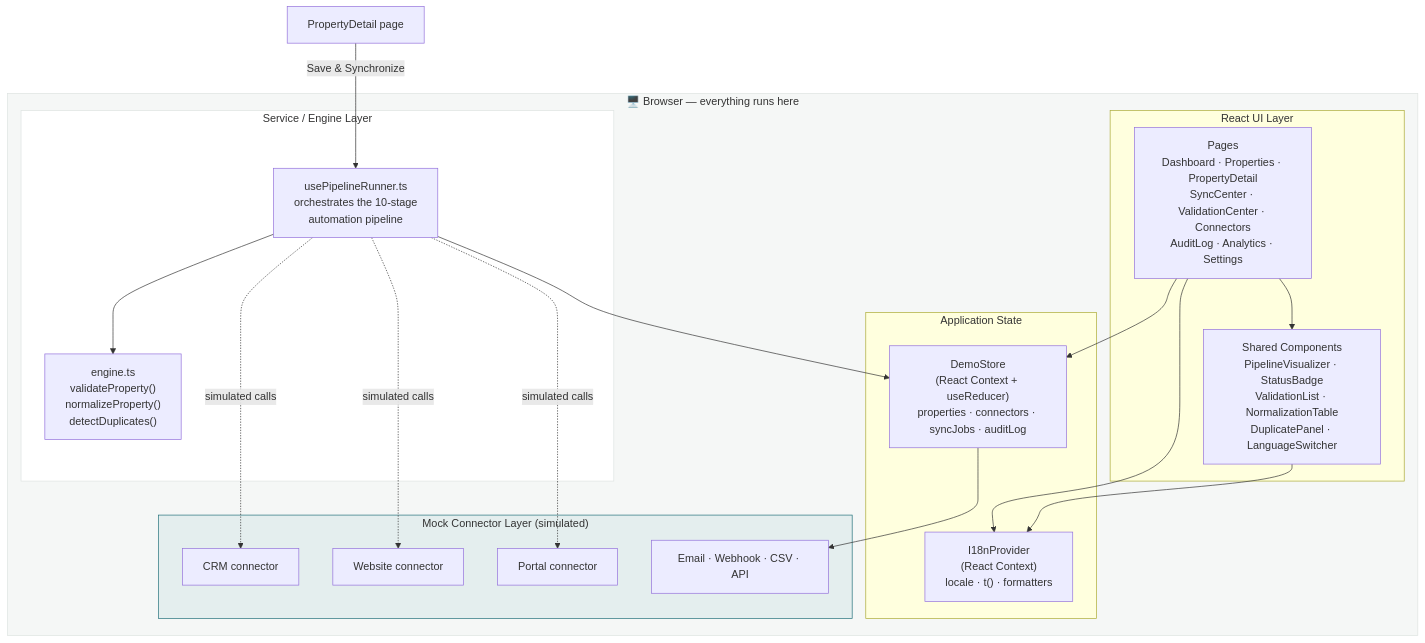
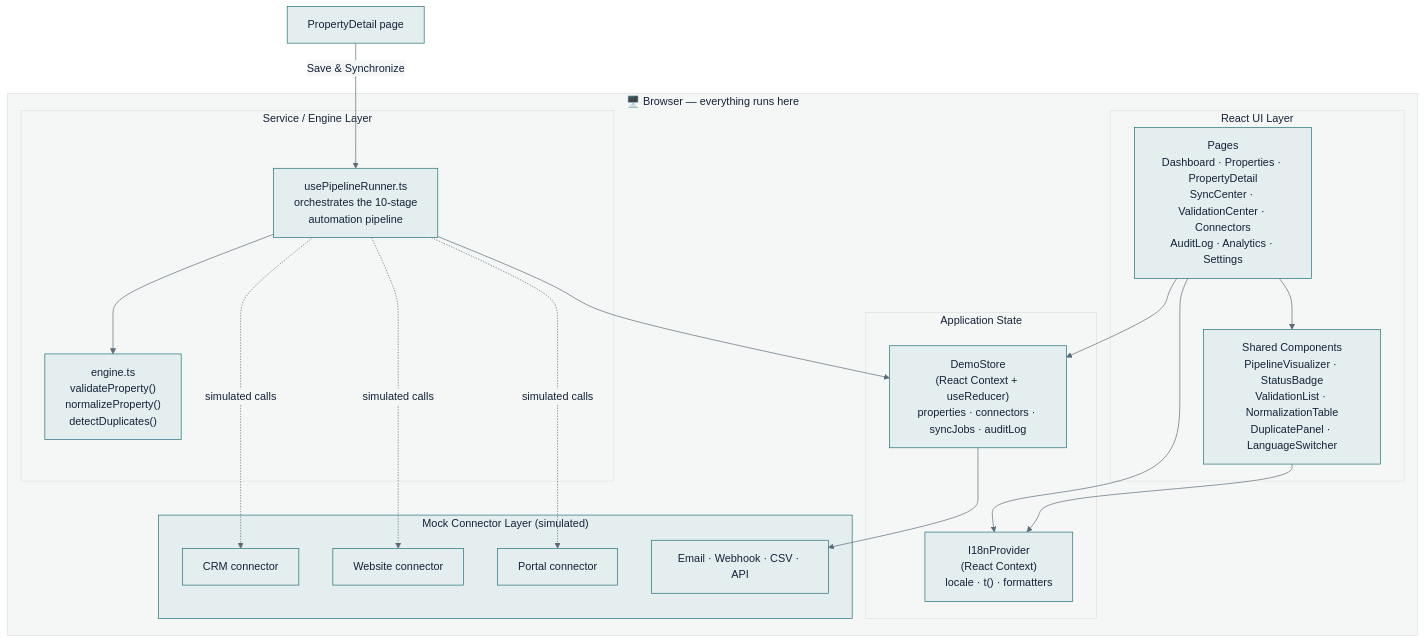
Before and after one commit to SHalimoosavi/SYJ-Property-Sync: the second of 7 diagrams in README.md, drawn with Mermaid. The commit also changed other lines of this file, not shown here.

Commit message:
Update README with mermaid diagrams and details

````diff
--- a/README.md
+++ b/README.md
@@ -143,42 +144,41 @@
 ```mermaid
+%%{init: {'theme':'base', 'themeVariables': { 'primaryColor':'#E4EEEE', 'primaryTextColor':'#14213A', 'primaryBorderColor':'#1F6F78', 'lineColor':'#5B6B78', 'secondaryColor':'#F5F7F6', 'secondaryTextColor':'#14213A', 'secondaryBorderColor':'#DEE3E1', 'tertiaryColor':'#EEF0F3', 'tertiaryTextColor':'#14213A', 'tertiaryBorderColor':'#8A93A6', 'mainBkg':'#E4EEEE', 'clusterBkg':'#F5F7F6', 'clusterBorder':'#DEE3E1', 'edgeLabelBackground':'#F5F7F6', 'fontFamily':'Inter, Segoe UI, sans-serif', 'actorBkg':'#E4EEEE', 'actorBorder':'#1F6F78', 'actorTextColor':'#14213A', 'actorLineColor':'#8A93A6', 'signalColor':'#5B6B78', 'signalTextColor':'#14213A', 'labelBoxBkgColor':'#F5F7F6', 'labelBoxBorderColor':'#1F6F78', 'labelTextColor':'#14213A', 'loopTextColor':'#14213A', 'noteBkgColor':'#FBF0DD', 'noteTextColor':'#14213A', 'noteBorderColor':'#B9770E', 'activationBkgColor':'#E4EEEE', 'activationBorderColor':'#1F6F78' }}}%%
 graph TB
     subgraph Browser["🖥️ Browser — everything runs here"]
         subgraph UI["React UI Layer"]
             Pages["Pages<br/>Dashboard · Properties · PropertyDetail<br/>SyncCenter · ValidationCenter · Connectors<br/>AuditLog · Analytics · Settings"]
             Components["Shared Components<br/>PipelineVisualizer · StatusBadge<br/>ValidationList · NormalizationTable<br/>DuplicatePanel · LanguageSwitcher"]
         end
 
         subgraph State["Application State"]
             Store["DemoStore<br/>(React Context + useReducer)<br/>properties · connectors · syncJobs · auditLog"]
             I18n["I18nProvider<br/>(React Context)<br/>locale · t() · formatters"]
         end
 
         subgraph Services["Service / Engine Layer"]
             Engine["engine.ts<br/>validateProperty()<br/>normalizeProperty()<br/>detectDuplicates()"]
             Runner["usePipelineRunner.ts<br/>orchestrates the 10-stage<br/>automation pipeline"]
         end
 
         subgraph Mock["Mock Connector Layer (simulated)"]
             CRM["CRM connector"]
             Web["Website connector"]
             Portal["Portal connector"]
             Other["Email · Webhook · CSV · API"]
         end
     end
 
     Pages --> Components
     Pages --> Store
     Pages --> I18n
     Components --> I18n
     PropertyDetail["PropertyDetail page"] -->|"Save & Synchronize"| Runner
     Runner --> Engine
     Runner --> Store
     Runner -.->|"simulated calls"| CRM
     Runner -.->|"simulated calls"| Web
     Runner -.->|"simulated calls"| Portal
     Store --> Other
 
-    style Browser fill:#F5F7F6,stroke:#DEE3E1
     style Mock fill:#E4EEEE,stroke:#1F6F78
-    style Services fill:#FFFFFF,stroke:#DEE3E1
 ```
````
